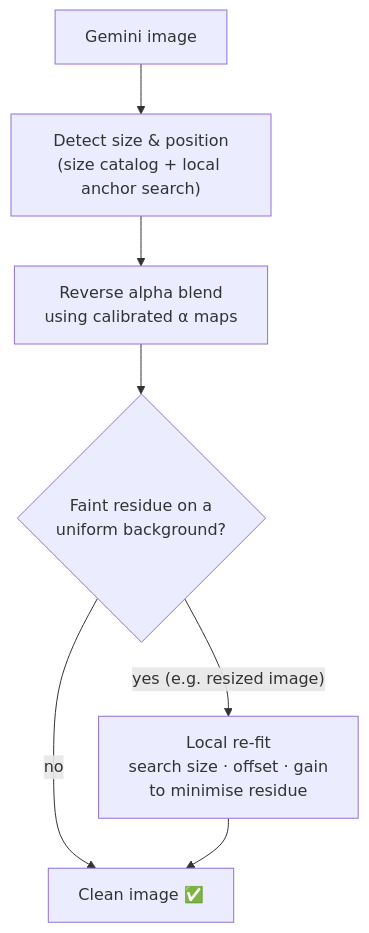
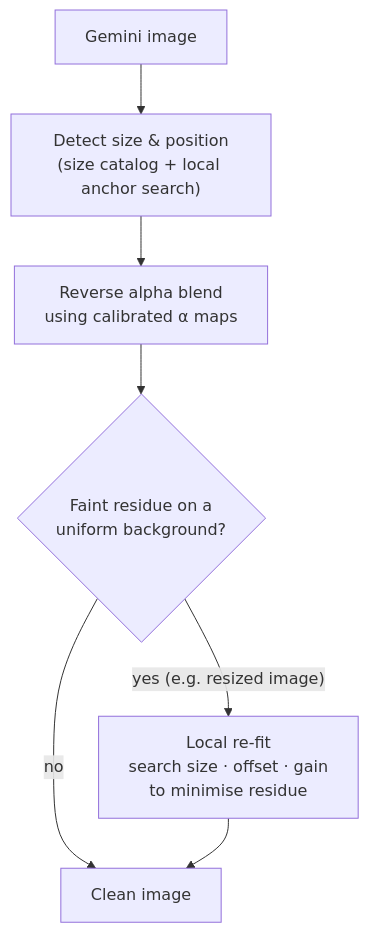
One commit to Premchand006/ProxiPixel changed the third of 4 diagrams in README.md. Above: the diagram before and after it, drawn with Mermaid. The commit also changed other lines of this file and 71 other files, not shown here.

````diff
--- a/README.md
+++ b/README.md
@@ -133,9 +118,9 @@
 ```mermaid
 flowchart TB
     A["Gemini image"] --> B["Detect size & position<br/>(size catalog + local anchor search)"]
     B --> C["Reverse alpha blend<br/>using calibrated α maps"]
     C --> D{"Faint residue on a<br/>uniform background?"}
     D -->|"yes (e.g. resized image)"| E["Local re-fit<br/>search size · offset · gain<br/>to minimise residue"]
-    D -->|no| F["Clean image ✅"]
+    D -->|no| F["Clean image"]
     E --> F
 ```
````
